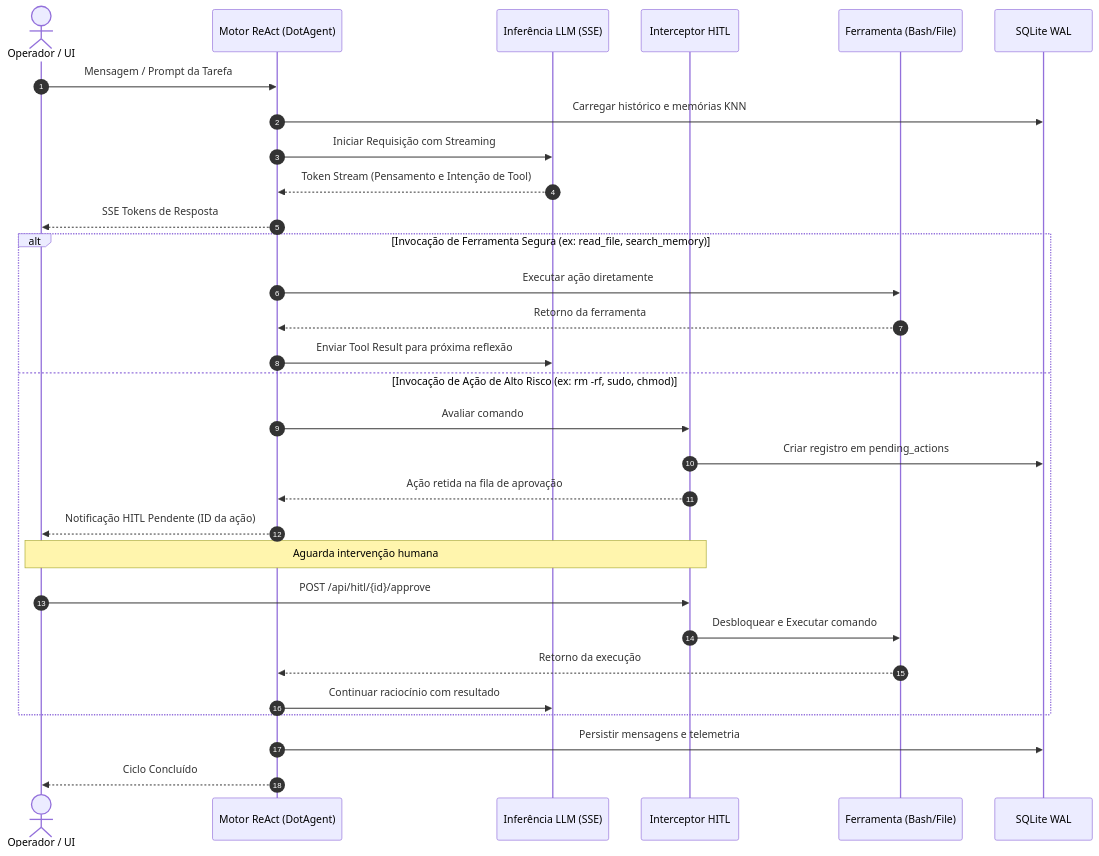
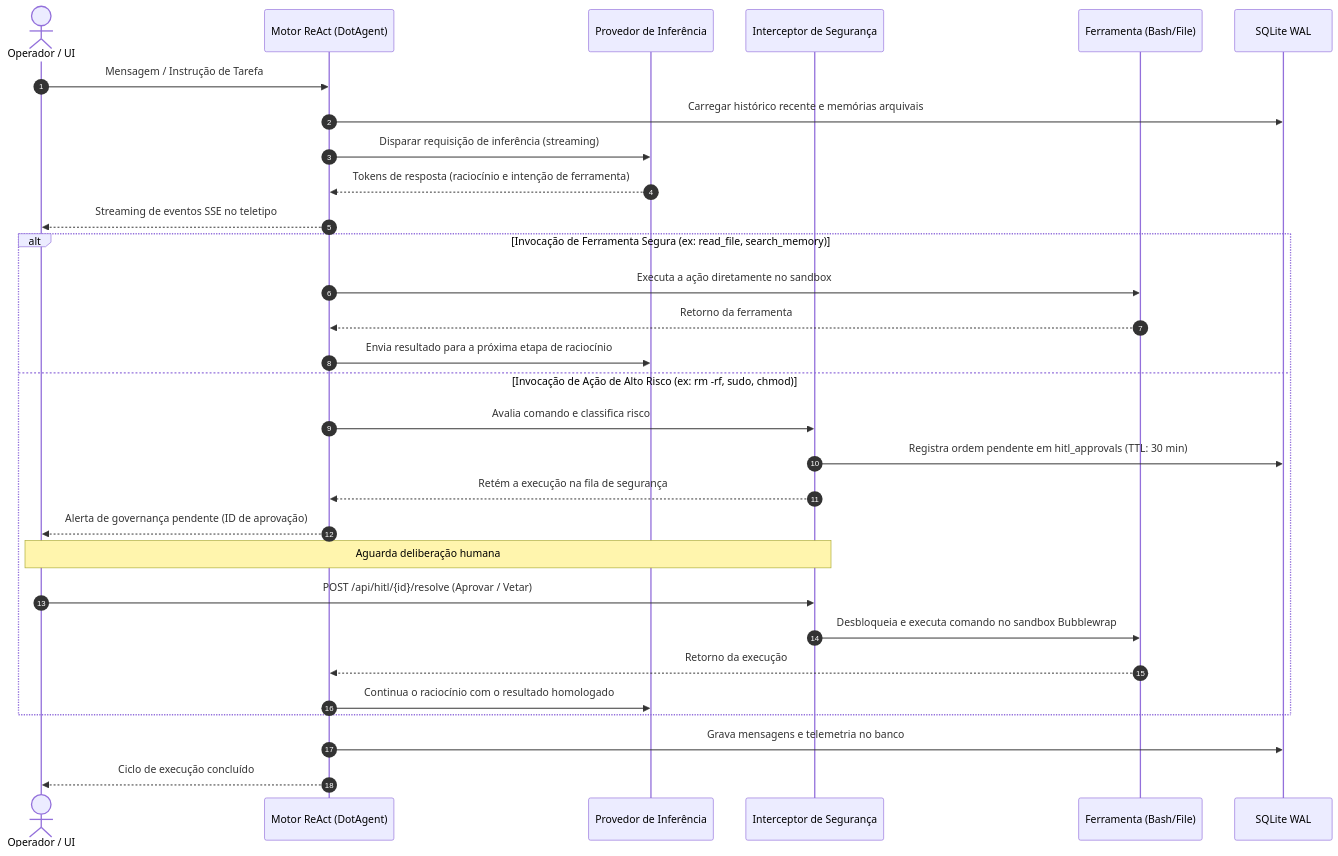
One commit to lyonpamplona/piDots changed the second of 5 diagrams in ARCHITECTURE.md. Above: the diagram before and after it, drawn with Mermaid. The commit also changed other lines of this file and 5 other files, not shown here.

````diff
--- a/ARCHITECTURE.md
+++ b/ARCHITECTURE.md
@@ -89,36 +89,36 @@
 ```mermaid
 sequenceDiagram
     autonumber
     actor Operador as Operador / UI
     participant Agent as Motor ReAct (DotAgent)
-    participant LLM as Inferência LLM (SSE)
-    participant HITL as Interceptor HITL
+    participant LLM as Provedor de Inferência
+    participant HITL as Interceptor de Segurança
     participant Tool as Ferramenta (Bash/File)
     participant DB as SQLite WAL
 
-    Operador->>Agent: Mensagem / Prompt da Tarefa
-    Agent->>DB: Carregar histórico e memórias KNN
-    Agent->>LLM: Iniciar Requisição com Streaming
-    LLM-->>Agent: Token Stream (Pensamento e Intenção de Tool)
-    Agent-->>Operador: SSE Tokens de Resposta
+    Operador->>Agent: Mensagem / Instrução de Tarefa
+    Agent->>DB: Carregar histórico recente e memórias arquivais
+    Agent->>LLM: Disparar requisição de inferência (streaming)
+    LLM-->>Agent: Tokens de resposta (raciocínio e intenção de ferramenta)
+    Agent-->>Operador: Streaming de eventos SSE no teletipo
     
     alt Invocação de Ferramenta Segura (ex: read_file, search_memory)
-        Agent->>Tool: Executar ação diretamente
+        Agent->>Tool: Executa a ação diretamente no sandbox
         Tool-->>Agent: Retorno da ferramenta
-        Agent->>LLM: Enviar Tool Result para próxima reflexão
+        Agent->>LLM: Envia resultado para a próxima etapa de raciocínio
     else Invocação de Ação de Alto Risco (ex: rm -rf, sudo, chmod)
-        Agent->>HITL: Avaliar comando
-        HITL->>DB: Criar registro em pending_actions
-        HITL-->>Agent: Ação retida na fila de aprovação
-        Agent-->>Operador: Notificação HITL Pendente (ID da ação)
+        Agent->>HITL: Avalia comando e classifica risco
+        HITL->>DB: Registra ordem pendente em hitl_approvals (TTL: 30 min)
+        HITL-->>Agent: Retém a execução na fila de segurança
+        Agent-->>Operador: Alerta de governança pendente (ID de aprovação)
         
-        Note over Operador,HITL: Aguarda intervenção humana
-        Operador->>HITL: POST /api/hitl/{id}/approve
-        HITL->>Tool: Desbloquear e Executar comando
+        Note over Operador,HITL: Aguarda deliberação humana
+        Operador->>HITL: POST /api/hitl/{id}/resolve (Aprovar / Vetar)
+        HITL->>Tool: Desbloqueia e executa comando no sandbox Bubblewrap
         Tool-->>Agent: Retorno da execução
-        Agent->>LLM: Continuar raciocínio com resultado
+        Agent->>LLM: Continua o raciocínio com o resultado homologado
     end
 
-    Agent->>DB: Persistir mensagens e telemetria
-    Agent-->>Operador: Ciclo Concluído
+    Agent->>DB: Grava mensagens e telemetria no banco
+    Agent-->>Operador: Ciclo de execução concluído
 ```
````
